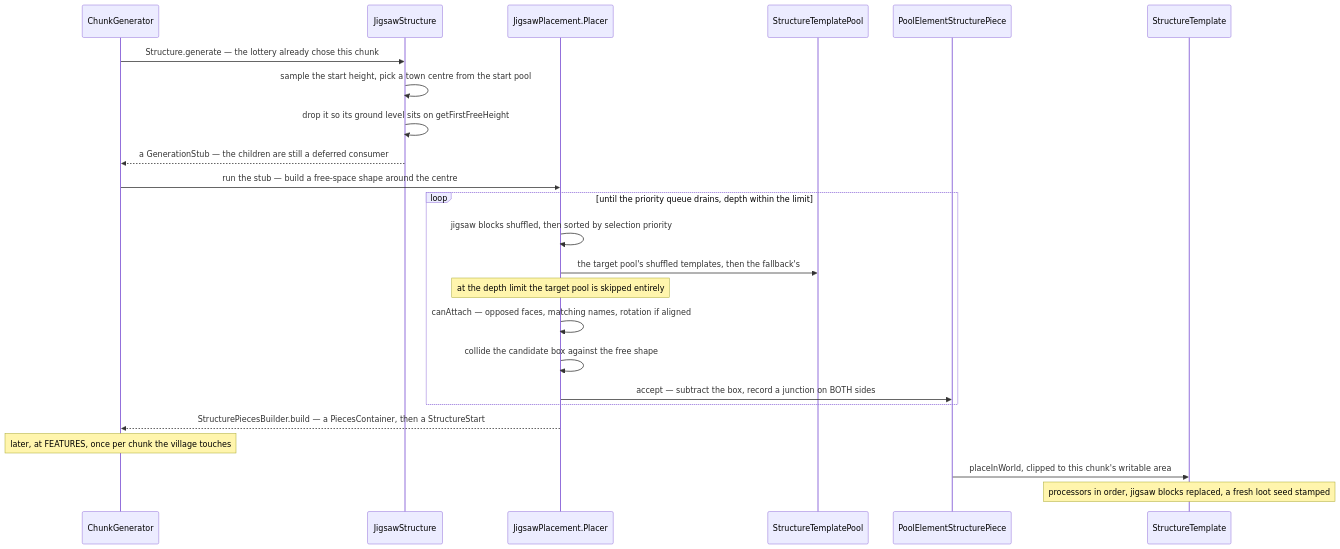
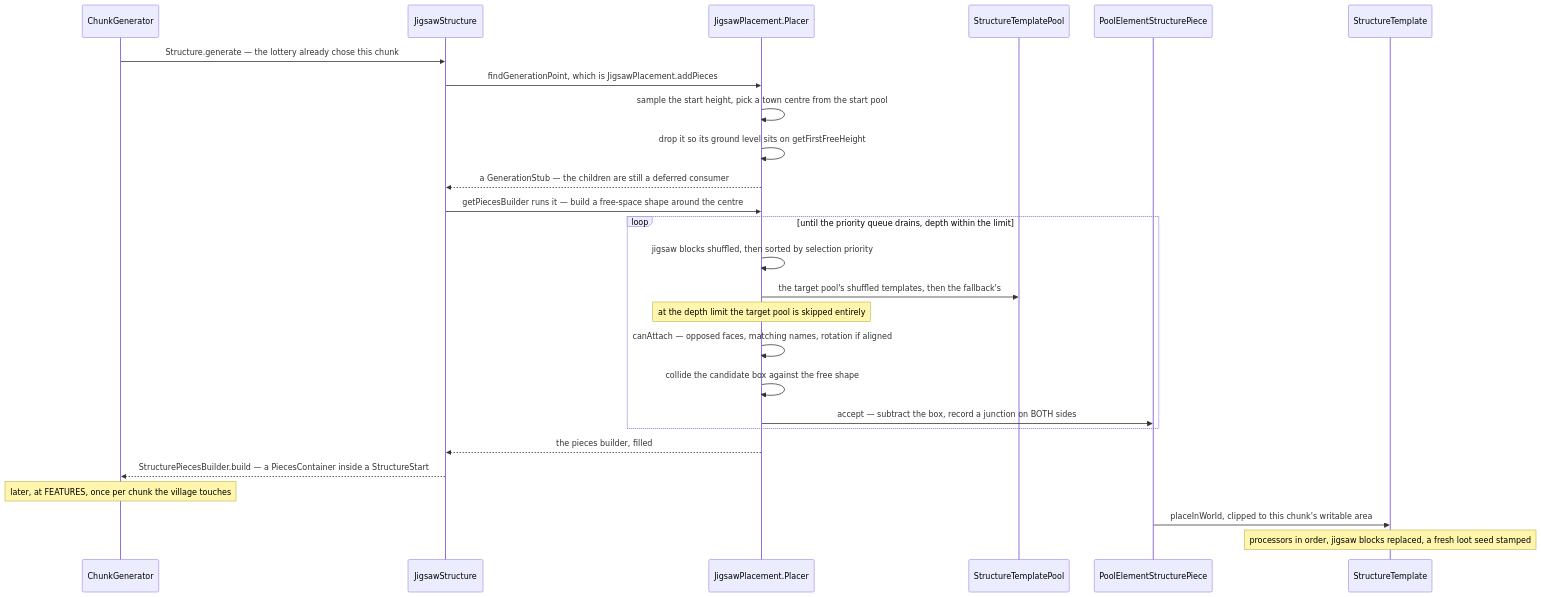
One commit to AlexanderjFraser/MinecraftDocs changed the diagram in src/systems/worldgen/jigsaw-and-templates.md. Above: the diagram before and after it, drawn with Mermaid. The commit also changed other lines of this file, not shown here.

````diff
--- a/src/systems/worldgen/jigsaw-and-templates.md
+++ b/src/systems/worldgen/jigsaw-and-templates.md
@@ -37,27 +39,29 @@
 ```mermaid
 sequenceDiagram
     participant ChunkG as ChunkGenerator
     participant JS as JigsawStructure
     participant JPP as JigsawPlacement.Placer
     participant STP as StructureTemplatePool
     participant PESP as PoolElementStructurePiece
     participant STemp as StructureTemplate
 
     ChunkG->>JS: Structure.generate — the lottery already chose this chunk
-    JS->>JS: sample the start height, pick a town centre from the start pool
-    JS->>JS: drop it so its ground level sits on getFirstFreeHeight
-    JS-->>ChunkG: a GenerationStub — the children are still a deferred consumer
-    ChunkG->>JPP: run the stub — build a free-space shape around the centre
+    JS->>JPP: findGenerationPoint, which is JigsawPlacement.addPieces
+    JPP->>JPP: sample the start height, pick a town centre from the start pool
+    JPP->>JPP: drop it so its ground level sits on getFirstFreeHeight
+    JPP-->>JS: a GenerationStub — the children are still a deferred consumer
+    JS->>JPP: getPiecesBuilder runs it — build a free-space shape around the centre
     loop until the priority queue drains, depth within the limit
         JPP->>JPP: jigsaw blocks shuffled, then sorted by selection priority
         JPP->>STP: the target pool's shuffled templates, then the fallback's
         Note over JPP: at the depth limit the target pool is skipped entirely
         JPP->>JPP: canAttach — opposed faces, matching names, rotation if aligned
         JPP->>JPP: collide the candidate box against the free shape
         JPP->>PESP: accept — subtract the box, record a junction on BOTH sides
     end
-    JPP-->>ChunkG: StructurePiecesBuilder.build — a PiecesContainer, then a StructureStart
+    JPP-->>JS: the pieces builder, filled
+    JS-->>ChunkG: StructurePiecesBuilder.build — a PiecesContainer inside a StructureStart
     Note over ChunkG: later, at FEATURES, once per chunk the village touches
     PESP->>STemp: placeInWorld, clipped to this chunk's writable area
     Note over STemp: processors in order, jigsaw blocks replaced, a fresh loot seed stamped
 ```
````
